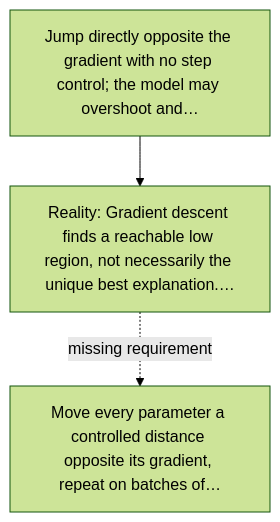
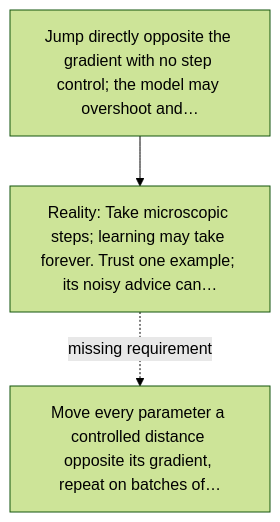
Before and after one commit to kleem-labs/AI-Archaeology: the diagram in excavations/025-gradient-descent/diagram.md, drawn with Mermaid (forest theme). The commit also changed other lines of this file and 165 other files, not shown here.

````diff
--- a/excavations/025-gradient-descent/diagram.md
+++ b/excavations/025-gradient-descent/diagram.md
@@ -5,5 +5,5 @@
 ```mermaid
 flowchart TD
-    A["Jump directly opposite the gradient with no step control; the model may overshoot and…"] --> B["Reality: Gradient descent finds a reachable low region, not necessarily the unique best explanation.…"]
+    A["Jump directly opposite the gradient with no step control; the model may overshoot and…"] --> B["Reality: Take microscopic steps; learning may take forever. Trust one example; its noisy advice can…"]
     B -. "missing requirement" .-> C["Move every parameter a controlled distance opposite its gradient, repeat on batches of…"]
 ```
````
